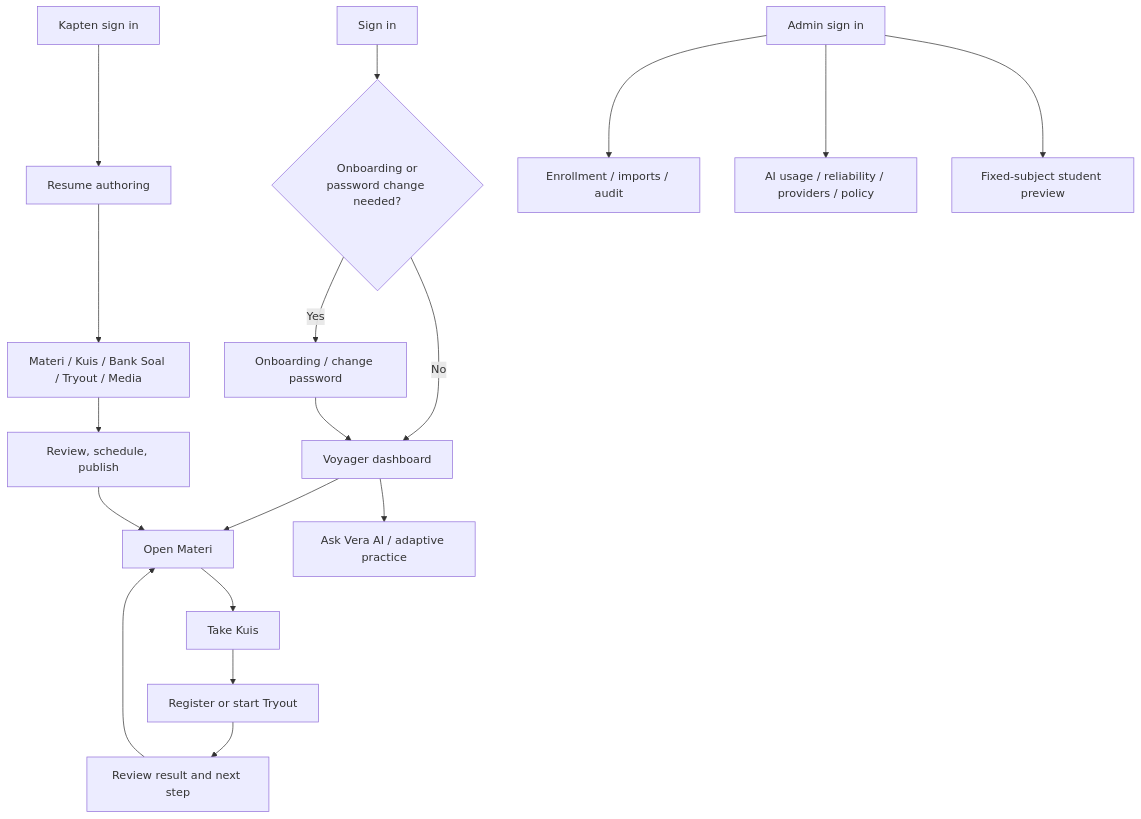
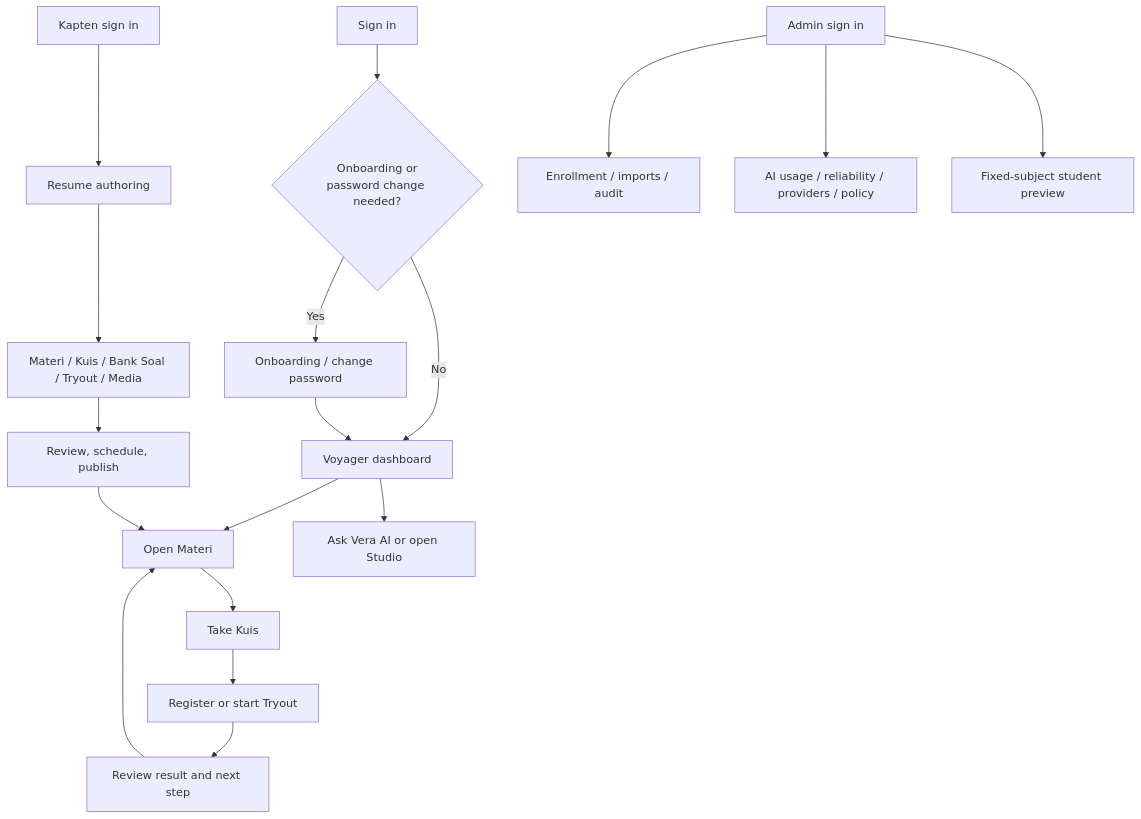
One commit to crlnravel/vecalss-app changed the diagram in docs/wiki/user-journeys.md. Above: the diagram before and after it, drawn with Mermaid. The commit also changed other lines of this file and 11 other files, not shown here.

First line of the commit message:
docs(vera): describe the OpenAI Vera system, and retire the old Vera pages

````diff
--- a/docs/wiki/user-journeys.md
+++ b/docs/wiki/user-journeys.md
@@ -112,22 +110,22 @@
 ```mermaid
 flowchart TD
     Login[Sign in] --> Gate{Onboarding or\npassword change needed?}
     Gate -->|Yes| Setup[Onboarding / change password]
     Gate -->|No| Home[Voyager dashboard]
     Setup --> Home
     Home --> Learn[Open Materi]
     Learn --> Practice[Take Kuis]
     Practice --> Assess[Register or start Tryout]
     Assess --> Review[Review result and next step]
     Review --> Learn
-    Home --> Vera[Ask Vera AI / adaptive practice]
+    Home --> Vera[Ask Vera AI or open Studio]
 
     KaptenLogin[Kapten sign in] --> Workspace[Resume authoring]
     Workspace --> Content[Materi / Kuis / Bank Soal / Tryout / Media]
     Content --> Publish[Review, schedule, publish]
     Publish --> Learn
 
     AdminLogin[Admin sign in] --> Ops[Enrollment / imports / audit]
     AdminLogin --> Control[AI usage / reliability / providers / policy]
     AdminLogin --> Preview[Fixed-subject student preview]
 ```
````
